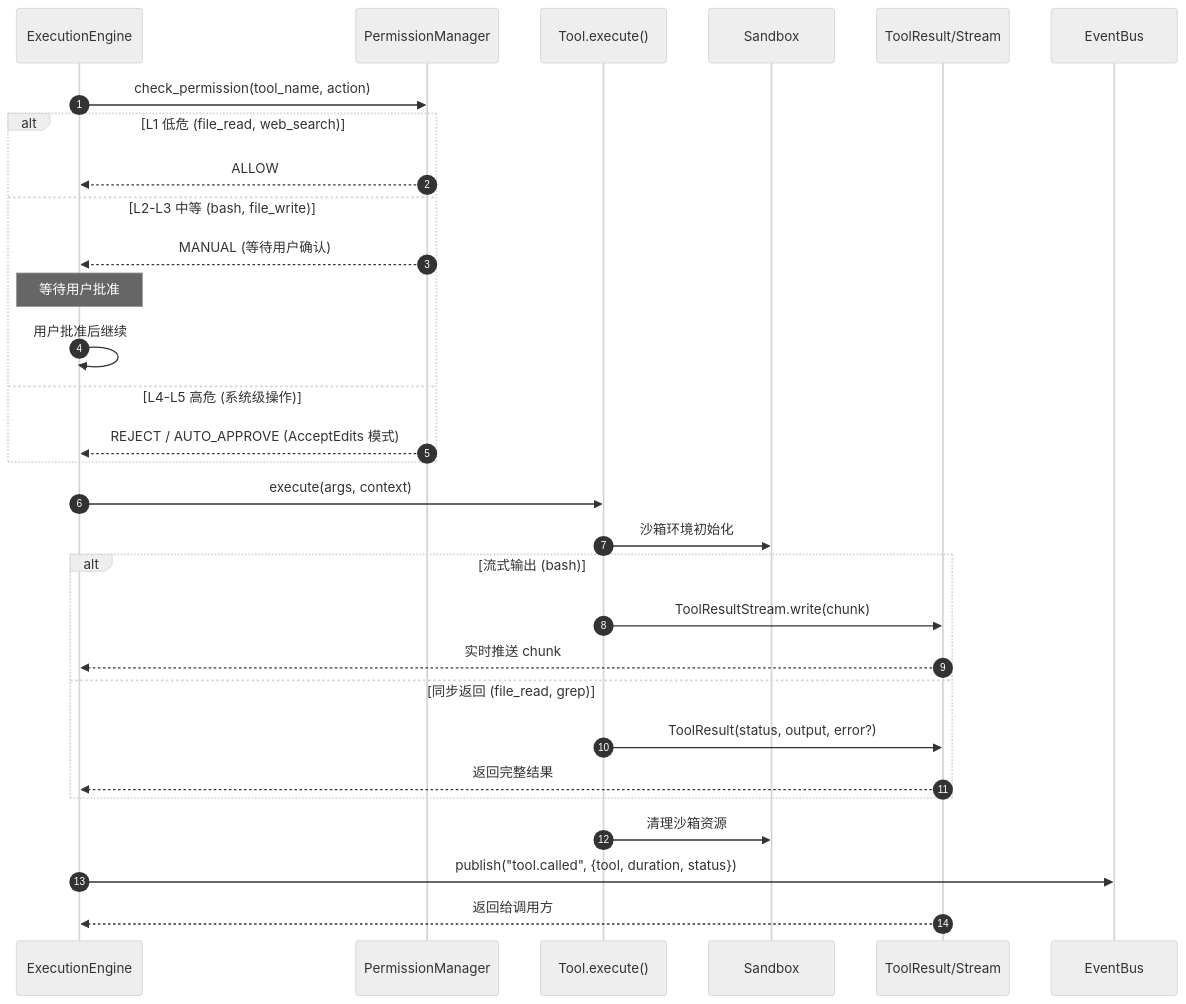
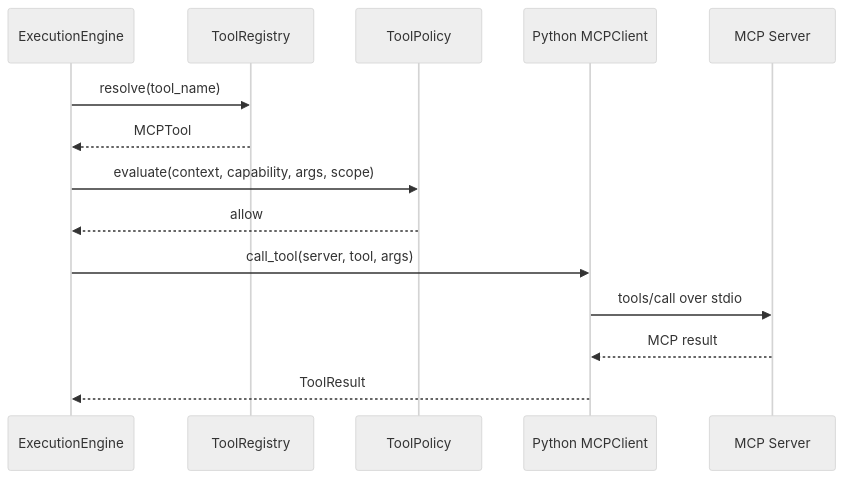
One commit to Mime-AL/MaigoKite changed the third of 9 diagrams in docs/design/Sequence.md. Above: the diagram before and after it, drawn with Mermaid (neutral theme). The commit also changed other lines of this file and 280 other files, not shown here.

````diff
--- a/docs/design/Sequence.md
+++ b/docs/design/Sequence.md
@@ -53,33 +60,17 @@
 ```mermaid
 sequenceDiagram
-    autonumber
-    participant EE as ExecutionEngine
-    participant PM as PermissionManager
-    participant TOOL as Tool.execute()
-    participant SANDBOX as Sandbox
-    participant RESULT as ToolResult/Stream
-    participant EB as EventBus
+    participant E as ExecutionEngine
+    participant R as ToolRegistry
+    participant P as ToolPolicy
+    participant C as Python MCPClient
+    participant S as MCP Server
 
-    EE->>PM: check_permission(tool_name, action)
-    alt L1 低危 (file_read, web_search)
-        PM-->>EE: ALLOW
-    else L2-L3 中等 (bash, file_write)
-        PM-->>EE: MANUAL (等待用户确认)
-        Note over EE: 等待用户批准
-        EE->>EE: 用户批准后继续
-    else L4-L5 高危 (系统级操作)
-        PM-->>EE: REJECT / AUTO_APPROVE (AcceptEdits 模式)
-    end
-    EE->>TOOL: execute(args, context)
-    TOOL->>SANDBOX: 沙箱环境初始化
-    alt 流式输出 (bash)
-        TOOL->>RESULT: ToolResultStream.write(chunk)
-        RESULT-->>EE: 实时推送 chunk
-    else 同步返回 (file_read, grep)
-        TOOL->>RESULT: ToolResult(status, output, error?)
-        RESULT-->>EE: 返回完整结果
-    end
-    TOOL->>SANDBOX: 清理沙箱资源
-    EE->>EB: publish("tool.called", {tool, duration, status})
-    RESULT-->>EE: 返回给调用方
+    E->>R: resolve(tool_name)
+    R-->>E: MCPTool
+    E->>P: evaluate(context, capability, args, scope)
+    P-->>E: allow
+    E->>C: call_tool(server, tool, args)
+    C->>S: tools/call over stdio
+    S-->>C: MCP result
+    C-->>E: ToolResult
 ```
````
